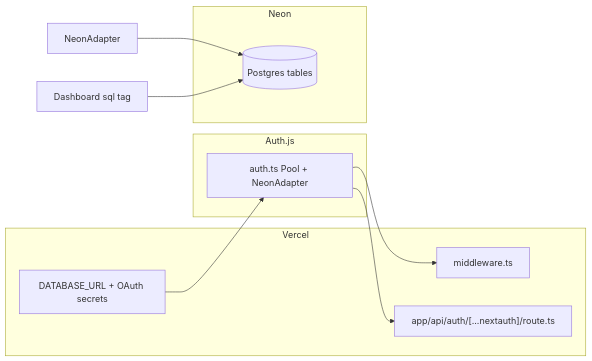
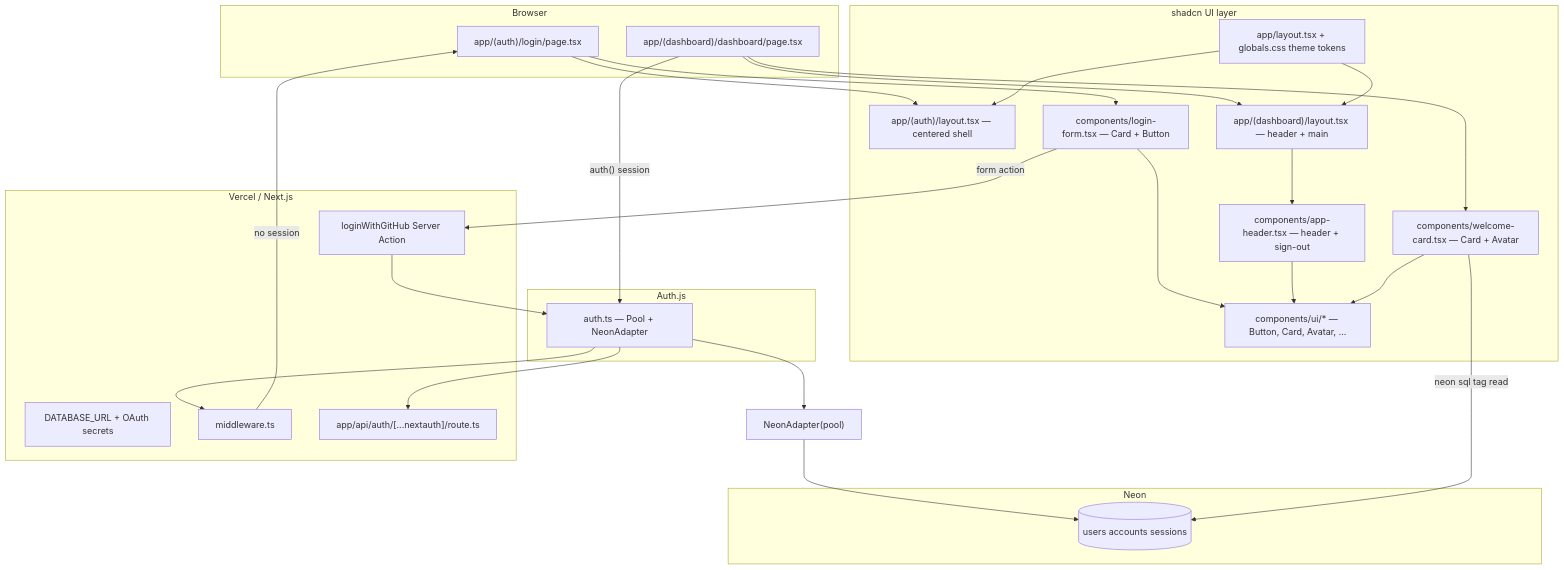
One commit to reyarqueza/my-usage changed the diagram in auth-plan.md. Above: the diagram before and after it, drawn with Mermaid. The commit also changed other lines of this file, not shown here.

Commit message:
docs: integrate shadcn/ui into auth implementation plan

````diff
--- a/auth-plan.md
+++ b/auth-plan.md
@@ -41,19 +54,53 @@
 ```mermaid
-flowchart LR
-  subgraph vercel [Vercel]
+flowchart TB
+  subgraph browser [Browser]
+    LoginPage["app/(auth)/login/page.tsx"]
+    DashPage["app/(dashboard)/dashboard/page.tsx"]
+  end
+
+  subgraph ui [shadcn UI layer]
+    RootLayout["app/layout.tsx + globals.css theme tokens"]
+    AuthLayout["app/(auth)/layout.tsx — centered shell"]
+    DashLayout["app/(dashboard)/layout.tsx — header + main"]
+    Shadcn["components/ui/* — Button, Card, Avatar, ..."]
+    LoginForm["components/login-form.tsx — Card + Button"]
+    WelcomeCard["components/welcome-card.tsx — Card + Avatar"]
+    AppHeader["components/app-header.tsx — header + sign-out"]
+  end
+
+  subgraph vercel [Vercel / Next.js]
     Env[DATABASE_URL + OAuth secrets]
     MW[middleware.ts]
     RT["app/api/auth/[...nextauth]/route.ts"]
+    LoginAction["loginWithGitHub Server Action"]
   end
+
   subgraph authjs [Auth.js]
-    AuthTS[auth.ts Pool + NeonAdapter]
+    AuthTS["auth.ts — Pool + NeonAdapter"]
   end
+
   subgraph neon [Neon]
-    PG[(Postgres tables)]
+    PG[(users accounts sessions)]
   end
-  Env --> AuthTS
+
+  LoginPage --> LoginForm
+  LoginForm --> Shadcn
+  DashPage --> WelcomeCard
+  DashPage --> DashLayout
+  LoginPage --> AuthLayout
+  DashLayout --> AppHeader
+  AppHeader --> Shadcn
+  WelcomeCard --> Shadcn
+  RootLayout --> AuthLayout
+  RootLayout --> DashLayout
+
+  LoginForm -->|"form action"| LoginAction
+  LoginAction --> AuthTS
   AuthTS --> RT
   AuthTS --> MW
-  NeonAdapter --> PG
-  DashboardSQL[Dashboard sql tag] --> PG
+  MW -->|"no session"| LoginPage
+  NeonAdapter["NeonAdapter(pool)"] --> PG
+  AuthTS --> NeonAdapter
+  WelcomeCard -->|"neon sql tag read"| PG
+  DashPage -->|"auth() session"| AuthTS
 ```
````
